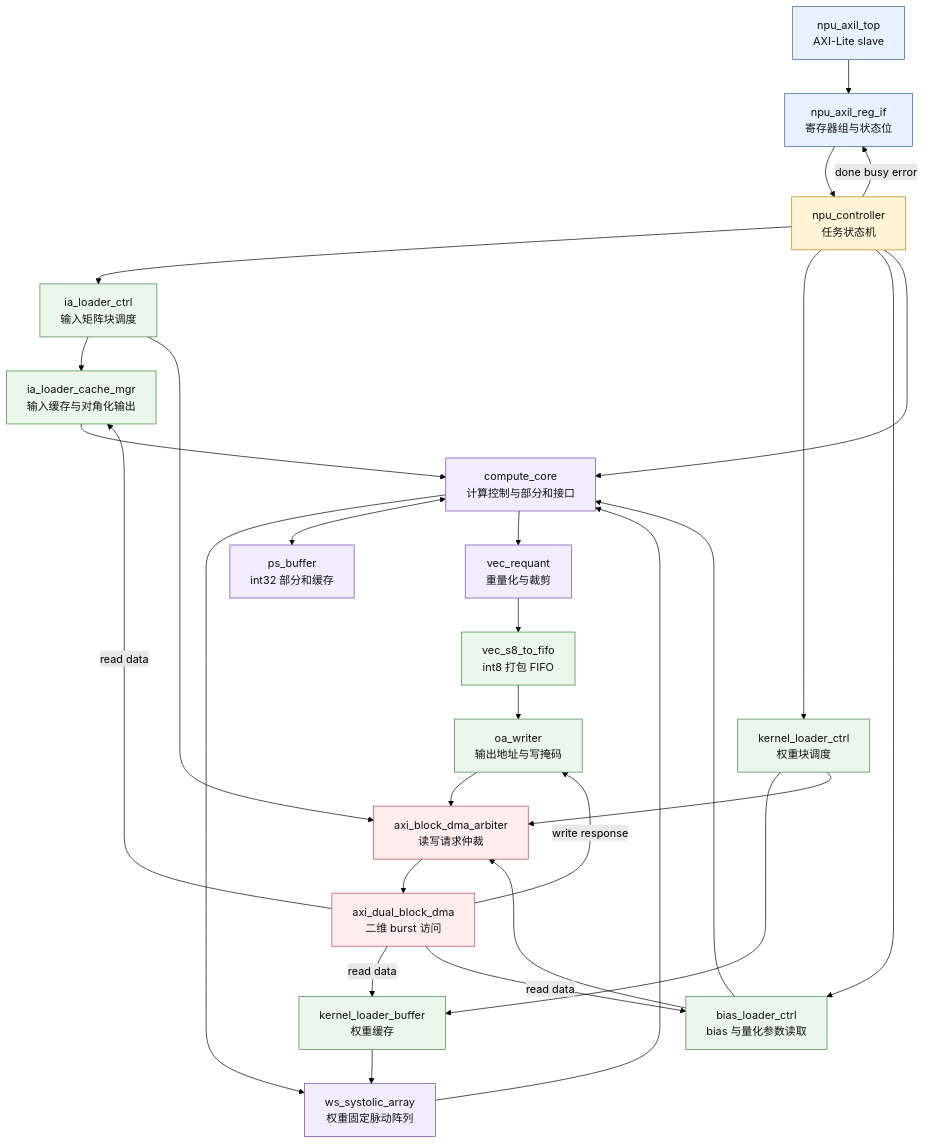
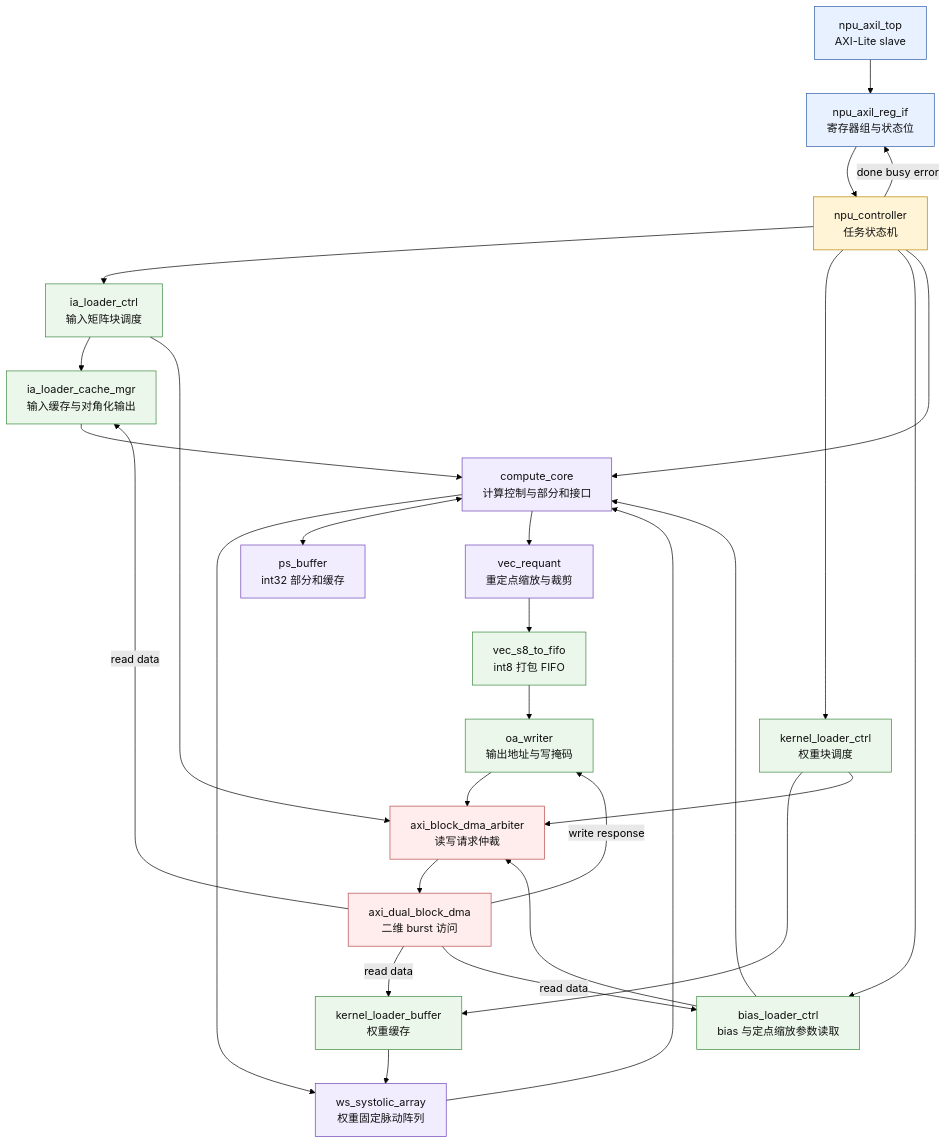
The diagram in veri/doc/original_docx_report_md/report_figures/mermaid/fig02_npu_module_arch.mmd (EE-noob/aiEngine_integrated), drawn with Mermaid (forest theme) before and after one commit. The commit also changed 85 other files, not shown here.

Commit message:
Refine NPU coverage reports and diagrams

```diff
--- a/veri/doc/original_docx_report_md/report_figures/mermaid/fig02_npu_module_arch.mmd
+++ b/veri/doc/original_docx_report_md/report_figures/mermaid/fig02_npu_module_arch.mmd
@@ -1,56 +1,56 @@
 flowchart TB
     AXIL[npu_axil_top<br/>AXI-Lite slave]
     寄存器组[npu_axil_reg_if<br/>寄存器组与状态位]
     CTRL[npu_controller<br/>任务状态机]
     DMAARB[axi_block_dma_arbiter<br/>读写请求仲裁]
     DMAC[axi_dual_block_dma<br/>二维 burst 访问]
     IACTRL[ia_loader_ctrl<br/>输入矩阵块调度]
     IACACHE[ia_loader_cache_mgr<br/>输入缓存与对角化输出]
     WCTRL[kernel_loader_ctrl<br/>权重块调度]
     WBUF[kernel_loader_buffer<br/>权重缓存]
-    BCTRL[bias_loader_ctrl<br/>bias 与量化参数读取]
+    BCTRL[bias_loader_ctrl<br/>bias 与定点缩放参数读取]
     CORE[compute_core<br/>计算控制与部分和接口]
     ARRAY[ws_systolic_array<br/>权重固定脉动阵列]
     PS[ps_buffer<br/>int32 部分和缓存]
-    REQ[vec_requant<br/>重量化与裁剪]
+    REQ[vec_requant<br/>重定点缩放与裁剪]
     FIFO[vec_s8_to_fifo<br/>int8 打包 FIFO]
     WR[oa_writer<br/>输出地址与写掩码]
 
     AXIL --> 寄存器组
     寄存器组 --> CTRL
     CTRL --> IACTRL
     CTRL --> WCTRL
     CTRL --> BCTRL
     CTRL --> CORE
     IACTRL --> IACACHE
     WCTRL --> WBUF
     BCTRL --> CORE
     IACACHE --> CORE
     WBUF --> ARRAY
     CORE --> ARRAY
     ARRAY --> CORE
     CORE <--> PS
     CORE --> REQ
     REQ --> FIFO
     FIFO --> WR
     IACTRL --> DMAARB
     WCTRL --> DMAARB
     BCTRL --> DMAARB
     WR --> DMAARB
     DMAARB --> DMAC
     DMAC -->|read data| IACACHE
     DMAC -->|read data| WBUF
     DMAC -->|read data| BCTRL
     DMAC -->|write response| WR
     CTRL -->|done busy error| 寄存器组
 
     classDef cfg fill:#E8F1FF,stroke:#2F5DA8,stroke-width:1px,color:#111;
     classDef ctrl fill:#FFF4D6,stroke:#B88300,stroke-width:1px,color:#111;
     classDef load fill:#EAF7EA,stroke:#3B873E,stroke-width:1px,color:#111;
     classDef calc fill:#F2ECFF,stroke:#6C43B6,stroke-width:1px,color:#111;
     classDef dma fill:#FFECEC,stroke:#B64B4B,stroke-width:1px,color:#111;
     class AXIL,寄存器组 cfg;
     class CTRL ctrl;
     class IACTRL,IACACHE,WCTRL,WBUF,BCTRL,WR,FIFO load;
     class CORE,ARRAY,PS,REQ calc;
     class DMAARB,DMAC dma;
```
